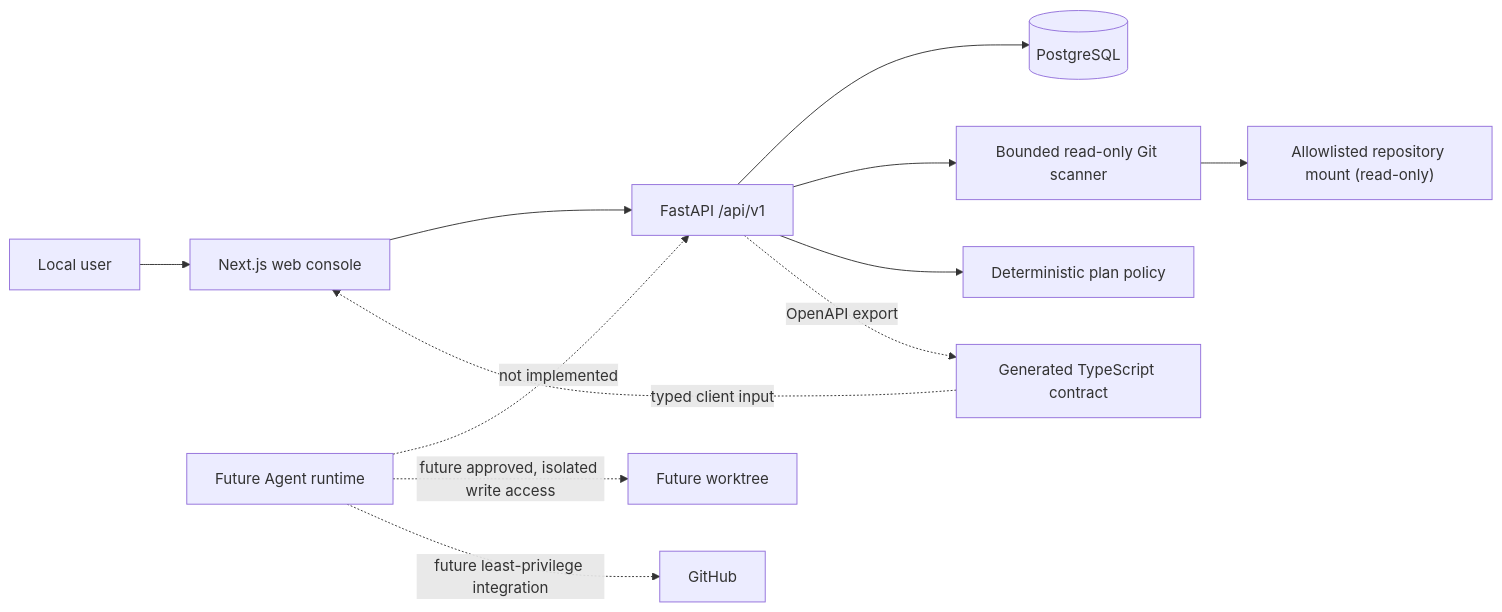
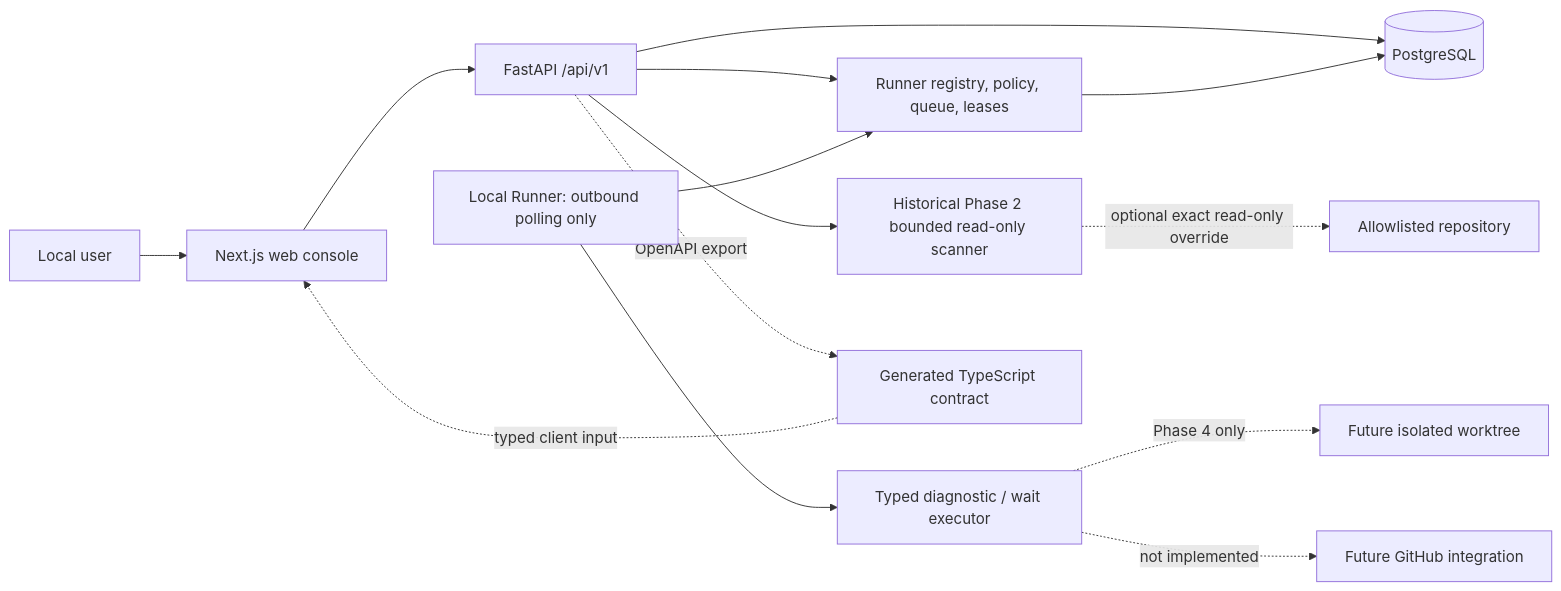
One commit to dankk0220abc-prog/visual-engineer changed the diagram in README.md. Above: the diagram before and after it, drawn with Mermaid. The commit also changed other lines of this file and 85 other files, not shown here.

Commit message:
feat: add browser-orchestrated local runner foundation

````diff
--- a/README.md
+++ b/README.md
@@ -72,14 +80,16 @@
 ```mermaid
 flowchart LR
     U["Local user"] --> W["Next.js web console"]
     W --> A["FastAPI /api/v1"]
     A --> D[("PostgreSQL")]
-    A --> S["Bounded read-only Git scanner"]
-    S --> R["Allowlisted repository mount (read-only)"]
-    A --> P["Deterministic plan policy"]
+    A --> Q["Runner registry, policy, queue, leases"]
+    Q --> D
+    R["Local Runner: outbound polling only"] --> Q
+    R --> X["Typed diagnostic / wait executor"]
+    A --> S["Historical Phase 2 bounded read-only scanner"]
+    S -. "optional exact read-only override" .-> T["Allowlisted repository"]
     A -. "OpenAPI export" .-> C["Generated TypeScript contract"]
     C -. "typed client input" .-> W
-    F["Future Agent runtime"] -. "not implemented" .-> A
-    F -. "future approved, isolated write access" .-> I["Future worktree"]
-    F -. "future least-privilege integration" .-> G["GitHub"]
+    X -. "Phase 4 only" .-> I["Future isolated worktree"]
+    X -. "not implemented" .-> G["Future GitHub integration"]
 ```
````
